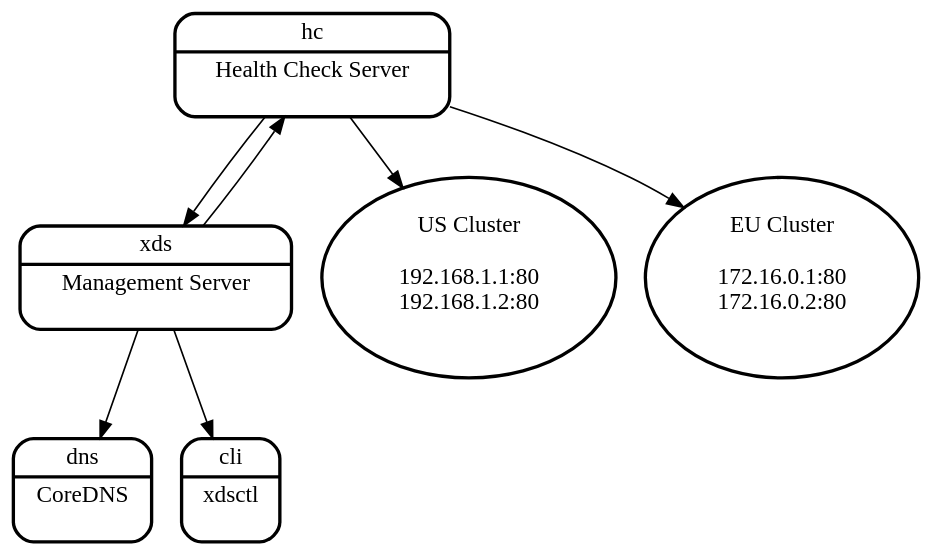
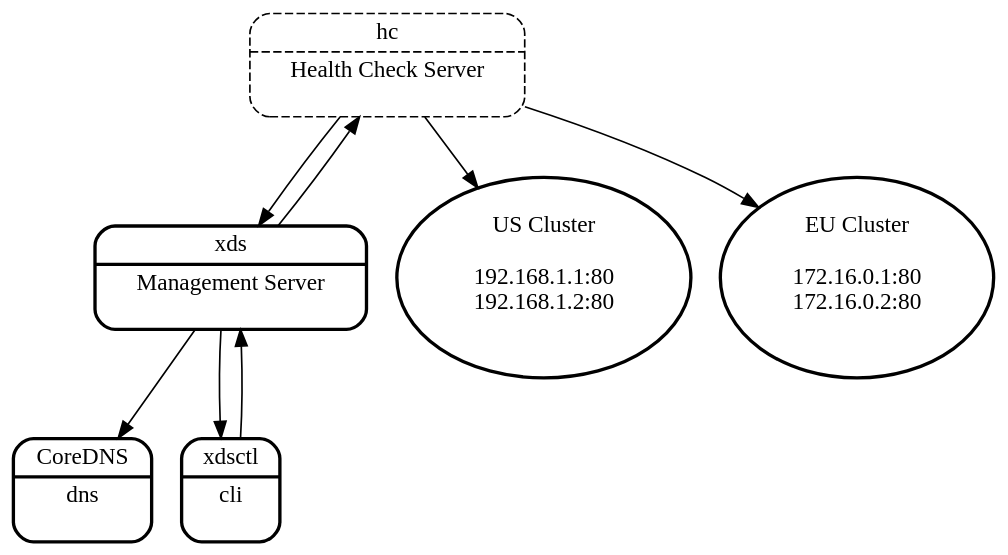
Before and after one commit to miekg/kubeadam: the diagram in xds-overview.dot, drawn with Graphviz. The commit also changed 1 other file, not shown here.

```diff
--- a/xds-overview.dot
+++ b/xds-overview.dot
@@ -1,33 +1,34 @@
 digraph xds_overview {
     bgcolor="transparent"
     subgraph sub_web_us {
         label="web US";
         node[shape=oval,penwidth=2]
         web_us [label="US Cluster\n\n192.168.1.1:80\n192.168.1.2:80\n\n"];
     }
     subgraph sub_web_eu {
         label="web EU";
         node[shape=oval,penwidth=2]
         web_eu [label="EU Cluster\n\n172.16.0.1:80\n172.16.0.2:80\n\n"];
     }
     subgraph sub_xds {
         xds [label="{<f0> xds|<f1> Management Server\n\n}" shape=Mrecord,penwidth=2];
     }
     subgraph sub_hc {
-        hc [label="{<f0> hc|<f1> Health Check Server\n\n}" shape=Mrecord,penwidth=2];
+        hc [label="{<f0> hc|<f1> Health Check Server\n\n}" shape=Mrecord,penwidth=1,style=dashed];
     }
     subgraph sub_coredns {
-        coredns [label="{<f0> dns|<f1> CoreDNS\n\n}" shape=Mrecord,penwidth=2];
+        coredns [label="{<f0> CoreDNS|<f1> dns\n\n}" shape=Mrecord,penwidth=2];
     }
     subgraph sub_xdsctl {
-        xdsctl [label="{<f0> cli|<f1> xdsctl\n\n}" shape=Mrecord,penwidth=2];
+        xdsctl [label="{<f0> xdsctl|<f1> cli\n\n}" shape=Mrecord,penwidth=2];
     }
     {rank=same; web_us, web_eu}
     {rank=same; coredns, xdsctl}
 
     hc -> xds
     xds -> hc
     xds -> coredns
     xds -> xdsctl
+    xdsctl -> xds
     hc -> web_eu, web_us
 }
```
